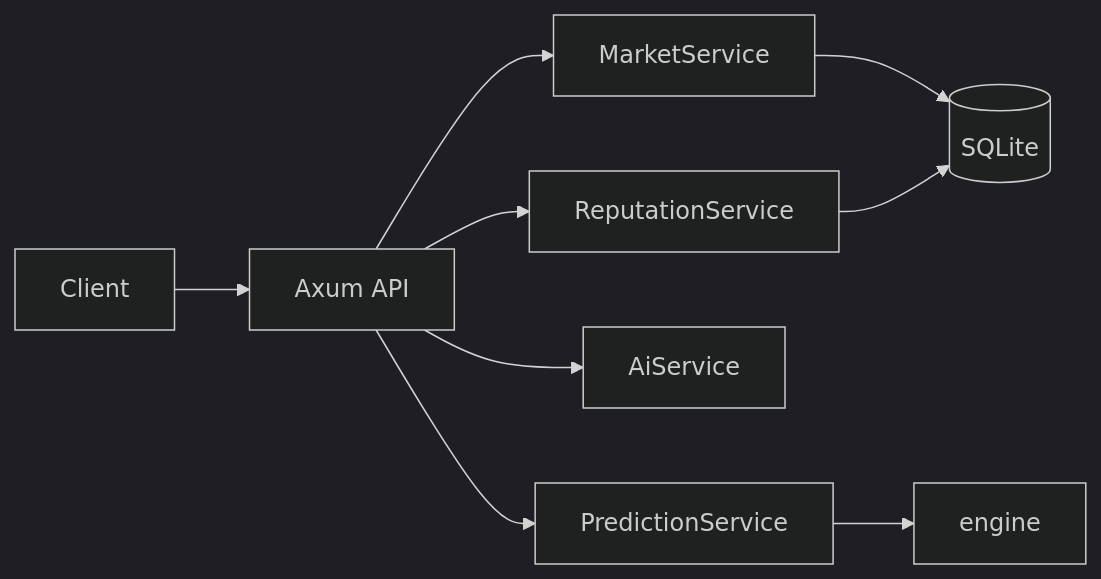
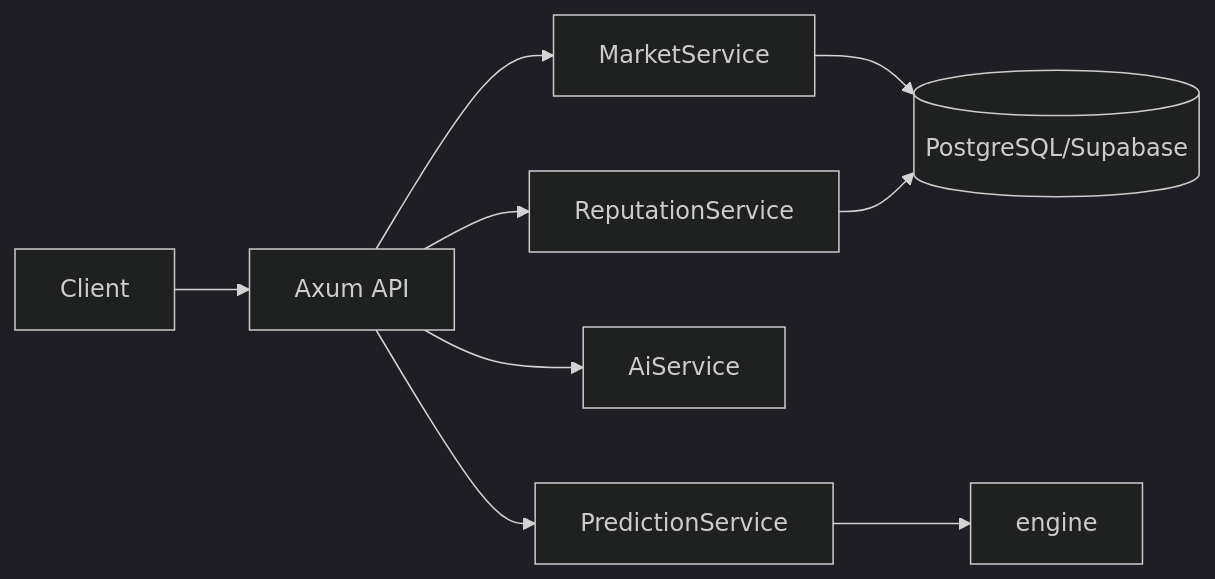
The diagram in docs/development.md (Quantumquirkz/PraesagiumChain), drawn with Mermaid (dark theme) before and after one commit. The commit also changed other lines of this file, not shown here.

Commit message:
docs(development): add Supabase Session pooler section, DATABASE_URL and indexer env notes

````diff
--- a/docs/development.md
+++ b/docs/development.md
@@ -16,11 +16,11 @@
 ```mermaid
 flowchart LR
     Client[Client] --> API[Axum API]
     API --> Market[MarketService]
     API --> Pred[PredictionService]
     API --> AI[AiService]
     API --> Rep[ReputationService]
-    Market --> DB[(SQLite)]
+    Market --> DB[(PostgreSQL/Supabase)]
     Pred --> engine[engine]
     Rep --> DB
 ```
````
